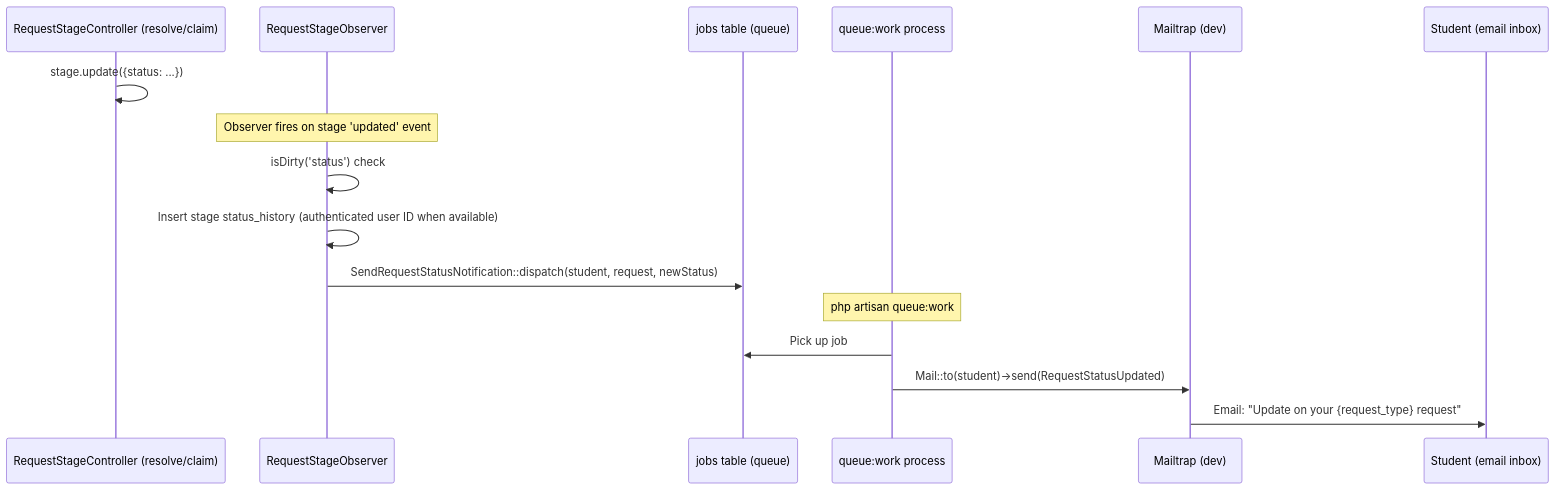
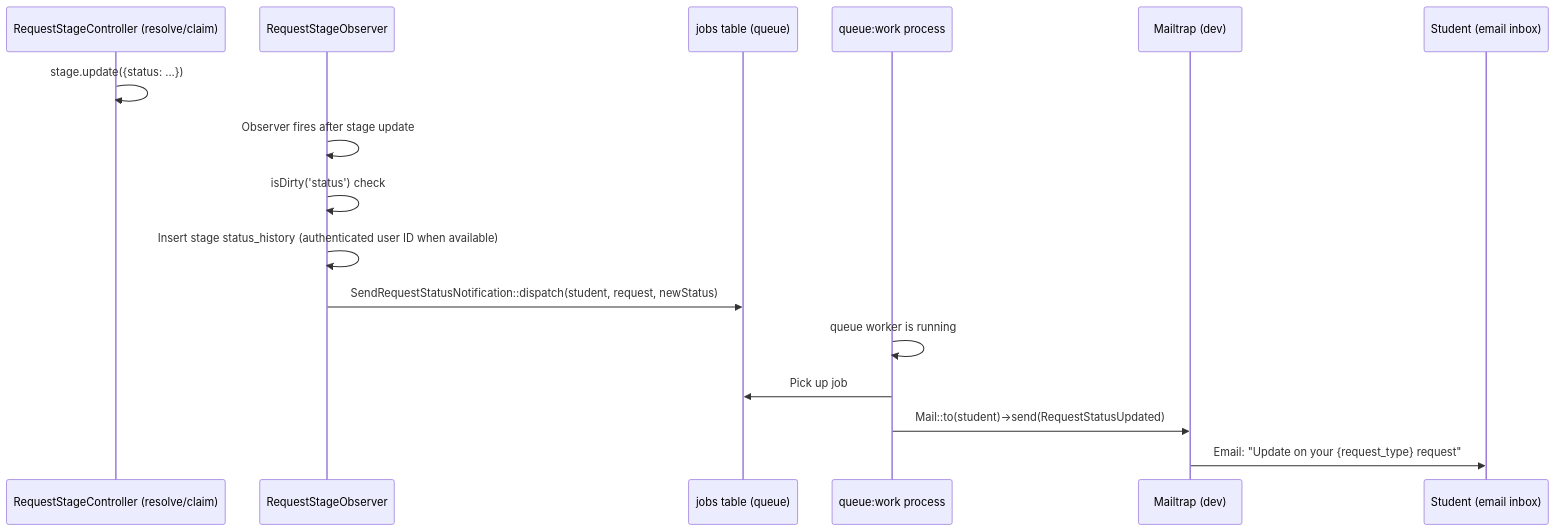
One commit to Sama-Mokom/CampusDesk changed the tenth of 11 diagrams in Docs/USER_FLOWS.md. Above: the diagram before and after it, drawn with Mermaid. The commit also changed other lines of this file and 4 other files, not shown here.

````diff
--- a/Docs/USER_FLOWS.md
+++ b/Docs/USER_FLOWS.md
@@ -242,19 +282,19 @@
 ```mermaid
 sequenceDiagram
     participant RSC as RequestStageController (resolve/claim)
     participant RO as RequestStageObserver
     participant JQ as jobs table (queue)
     participant QW as queue:work process
     participant M as Mailtrap (dev)
     participant ST as Student (email inbox)
 
     RSC->>RSC: stage.update({status: ...})
-    Note over RO: Observer fires on stage 'updated' event
+    RO->>RO: Observer fires after stage update
     RO->>RO: isDirty('status') check
     RO->>RO: Insert stage status_history (authenticated user ID when available)
     RO->>JQ: SendRequestStatusNotification::dispatch(student, request, newStatus)
-    Note over QW: php artisan queue:work
+    QW->>QW: queue worker is running
     QW->>JQ: Pick up job
     QW->>M: Mail::to(student)->send(RequestStatusUpdated)
     M->>ST: Email: "Update on your {request_type} request"
 ```
````
